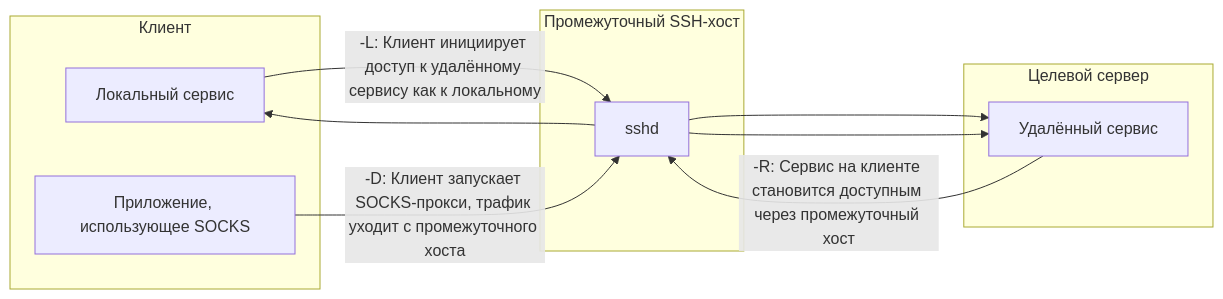
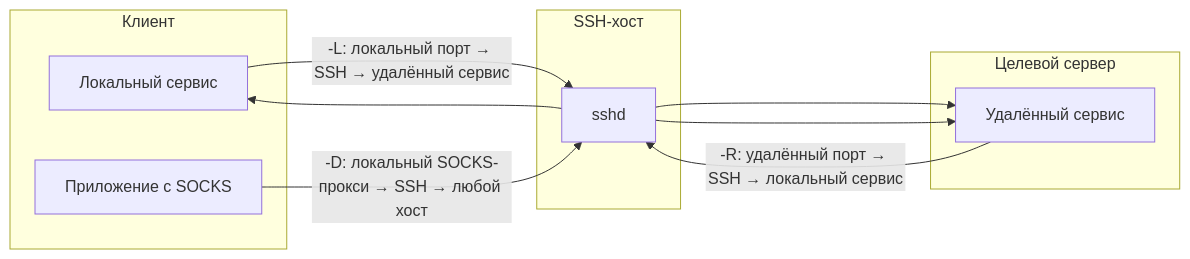
Before and after one commit to CherMet90/kb-mkdocs: the diagram in docs/Linux/ssh.md, drawn with Mermaid. The commit also changed other lines of this file and 3 other files, not shown here.

````diff
--- a/docs/Linux/ssh.md
+++ b/docs/Linux/ssh.md
@@ -14,17 +17,17 @@
 ```mermaid
 flowchart LR
     subgraph Client[Клиент]
         L[Локальный сервис]
-        D[Приложение, использующее SOCKS]
+        D[Приложение с SOCKS]
     end
-    subgraph SSH_Host[Промежуточный SSH-хост]
-        SSH[sshd]
+    subgraph SSH[SSH-хост]
+        sshd[sshd]
     end
     subgraph Target[Целевой сервер]
         R[Удалённый сервис]
     end
 
-    L -- "-L: Клиент инициирует доступ к удалённому сервису как к локальному" --> SSH --> R
-    R -- "-R: Сервис на клиенте становится доступным через промежуточный хост" --> SSH --> L
-    D -- "-D: Клиент запускает SOCKS-прокси, трафик уходит с промежуточного хоста" --> SSH --> R
+    L -- "-L: локальный порт → SSH → удалённый сервис" --> sshd --> R
+    R -- "-R: удалённый порт → SSH → локальный сервис" --> sshd --> L
+    D -- "-D: локальный SOCKS-прокси → SSH → любой хост" --> sshd --> R
 ```
````
